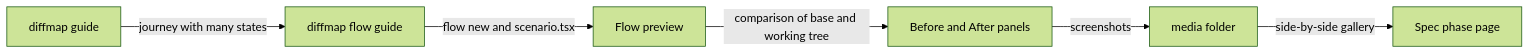
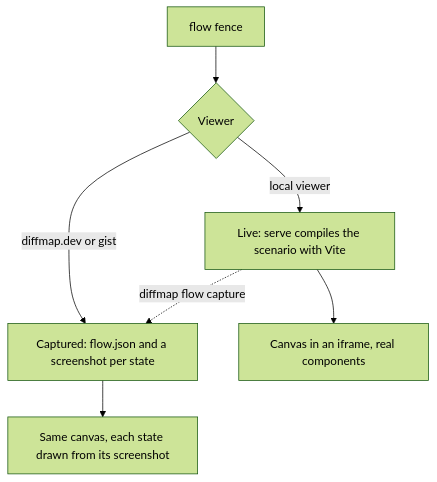
Before and after one commit to tanishqkancharla/diffmap: the diagram in specs/flow-preview.md, drawn with Mermaid (forest theme). The commit also changed other lines of this file, not shown here.

Commit message:
Respec flow-preview as an expandable flow widget in the viewer

````diff
--- a/specs/flow-preview.md
+++ b/specs/flow-preview.md
@@ -216,10 +74,12 @@
-```mermaid [A spec phase that changes a journey]
-flowchart LR
-    G[diffmap guide] -->|journey with many states| F[diffmap flow guide]
-    F -->|flow new and scenario.tsx| P[Flow preview]
-    P -->|comparison of base and working tree| C[Before and After panels]
-    C -->|screenshots| M[media folder]
-    M -->|side-by-side gallery| S[Spec phase page]
-    %% ref node:G [[guide.md]]
-    %% ref node:S [[src/viewer/Media.tsx]]
+```mermaid [Where a flow widget's states come from]
+flowchart TD
+    F[flow fence] --> M{Viewer}
+    M -->|local viewer| L[Live: serve compiles the scenario with Vite]
+    M -->|diffmap.dev or gist| C[Captured: flow.json and a screenshot per state]
+    L --> I[Canvas in an iframe, real components]
+    C --> V[Same canvas, each state drawn from its screenshot]
+    L -.->|diffmap flow capture| C
+    %% ref node:F [[src/parseFence.ts#parseFence]]
+    %% ref node:M [[src/viewer/viewerMode.ts#useViewerMode]]
+    %% ref node:C [[src/viewer/Media.tsx#MediaResolverContext]]
 ```
````
